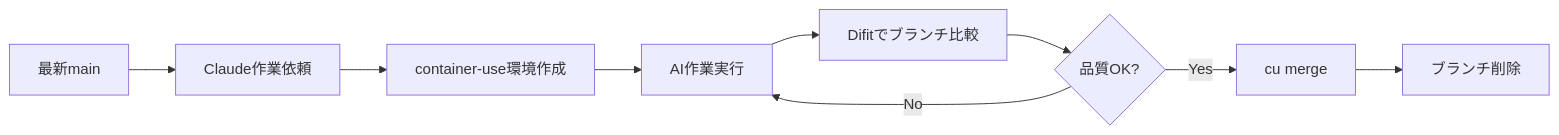
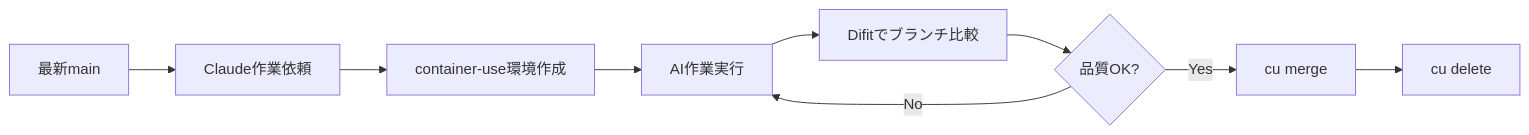
One commit to kshiva1126/container-use-practice changed the diagram in README.md. Above: the diagram before and after it, drawn with Mermaid. The commit also changed other lines of this file, not shown here.

Commit message:
Correcting the branch deletion command from git branch -d to cu delete.

````diff
--- a/README.md
+++ b/README.md
@@ -99,11 +99,11 @@
 ```mermaid
 graph LR
     A[最新main] --> B[Claude作業依頼]
     B --> C[container-use環境作成]
     C --> D[AI作業実行]
     D --> E[Difitでブランチ比較]
     E --> F{品質OK?}
     F -->|No| D
     F -->|Yes| G[cu merge]
-    G --> H[ブランチ削除]
+    G --> H[cu delete]
 ```
````
